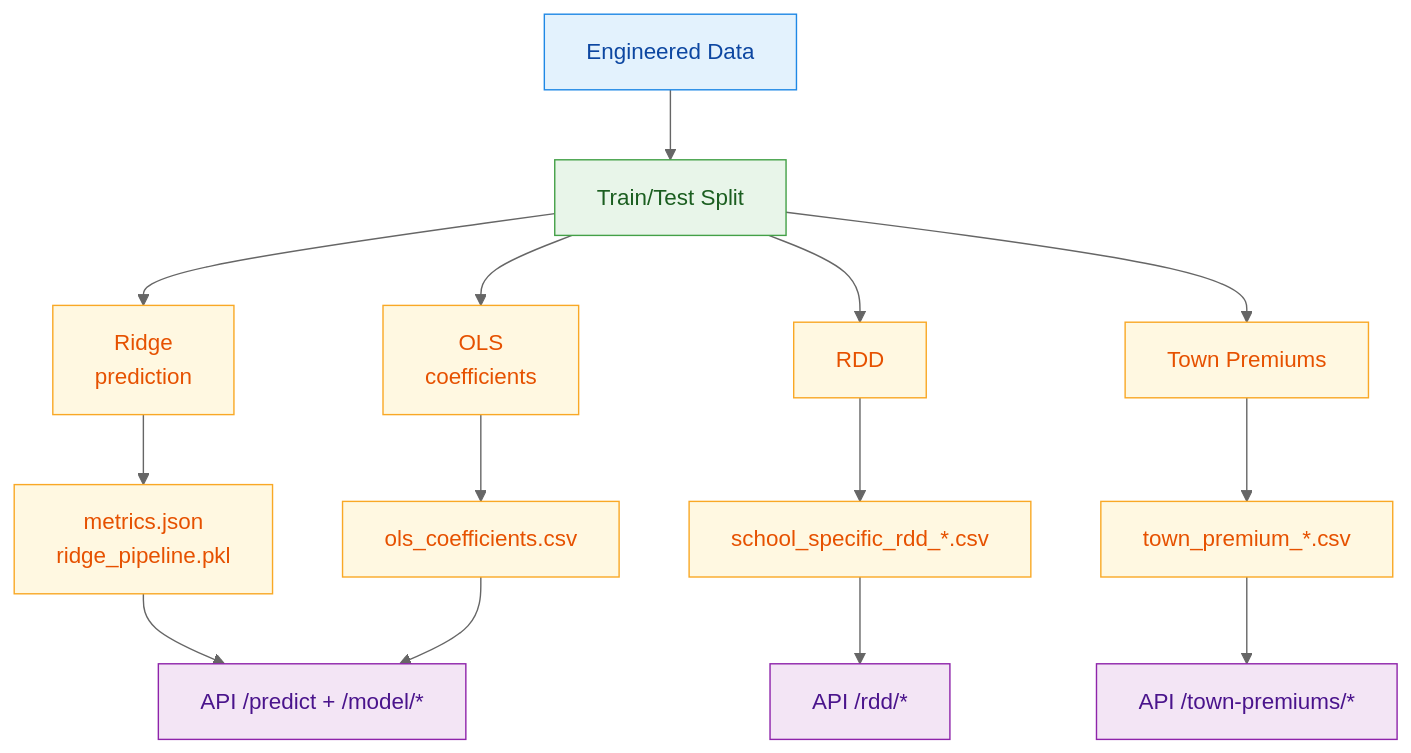
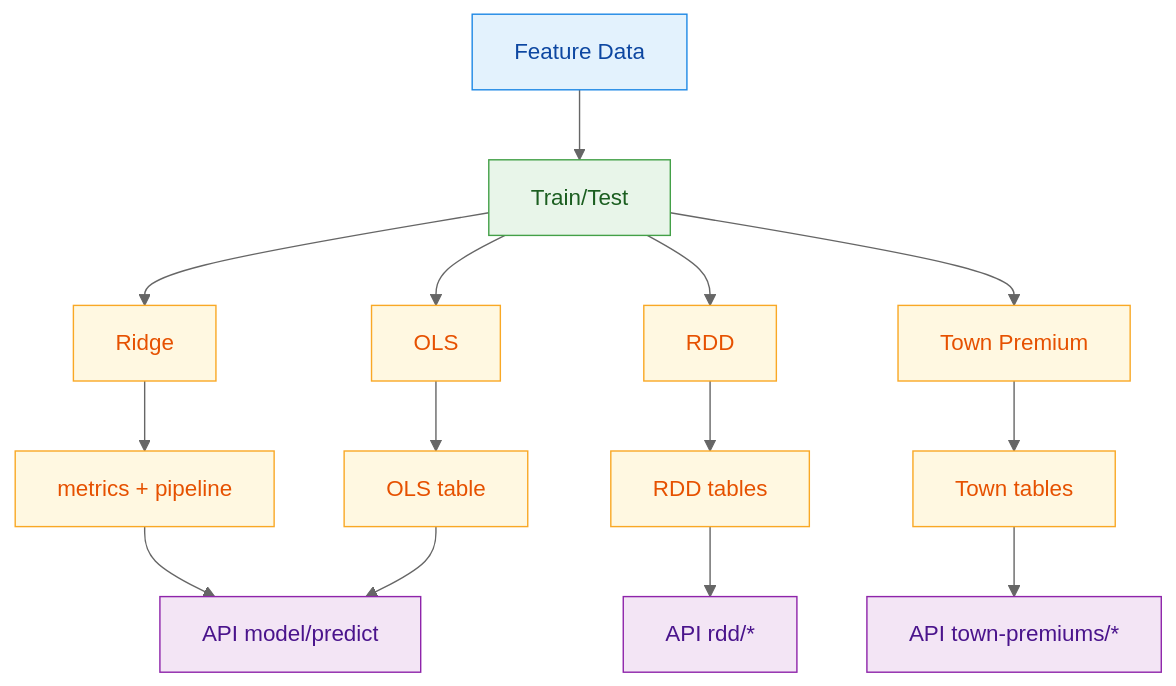
The second of 2 diagrams in docs/technical_report.md (heehawww/DSA4264_Geospatial_Group6), drawn with Mermaid (neutral theme) before and after one commit. The commit also changed other lines of this file and 2 other files, not shown here.

Commit message:
mermaid shoudl work?

````diff
--- a/docs/technical_report.md
+++ b/docs/technical_report.md
@@ -342,26 +136,26 @@
 ```mermaid
 flowchart TD
-    A["Engineered Data"] --> B["Train/Test Split"]
-    B --> C["Ridge<br/>prediction"]
-    B --> D["OLS<br/>coefficients"]
+    A["Feature Data"] --> B["Train/Test"]
+    B --> C["Ridge"]
+    B --> D["OLS"]
     B --> E["RDD"]
-    B --> F["Town Premiums"]
-    C --> G["metrics.json<br/>ridge_pipeline.pkl"]
-    D --> H["ols_coefficients.csv"]
-    E --> I["school_specific_rdd_*.csv"]
-    F --> J["town_premium_*.csv"]
-    G --> K["API /predict + /model/*"]
+    B --> F["Town Premium"]
+    C --> G["metrics + pipeline"]
+    D --> H["OLS table"]
+    E --> I["RDD tables"]
+    F --> J["Town tables"]
+    G --> K["API model/predict"]
     H --> K
-    I --> L["API /rdd/*"]
-    J --> M["API /town-premiums/*"]
+    I --> L["API rdd/*"]
+    J --> M["API town-premiums/*"]
 
     classDef data fill:#e3f2fd,stroke:#1e88e5,color:#0d47a1;
     classDef train fill:#e8f5e9,stroke:#43a047,color:#1b5e20;
     classDef model fill:#fff8e1,stroke:#f9a825,color:#e65100;
     classDef api fill:#f3e5f5,stroke:#8e24aa,color:#4a148c;
 
     class A data;
     class B train;
     class C,D,E,F,G,H,I,J model;
     class K,L,M api;
 ```
````
